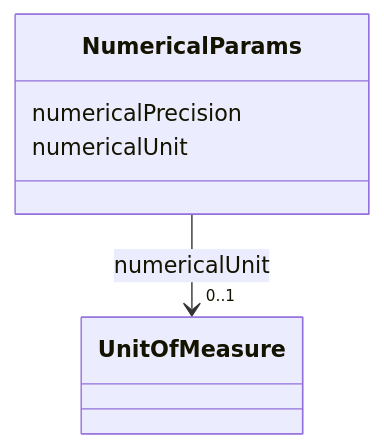
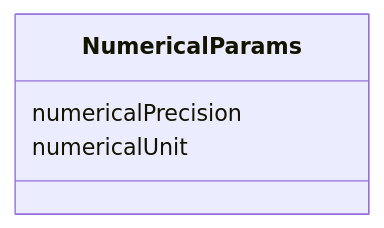
One commit to faqirfoundation/questionnaire-ontology changed the diagram in docs/NumericalParams.md. Above: the diagram before and after it, drawn with Mermaid. The commit also changed other lines of this file and 655 other files, not shown here.

````diff
--- a/docs/NumericalParams.md
+++ b/docs/NumericalParams.md
@@ -19,19 +19,10 @@
 ```mermaid
  classDiagram
     class NumericalParams
     click NumericalParams href "../NumericalParams"
       NumericalParams : numericalPrecision
         
       NumericalParams : numericalUnit
         
-          
-    
-        
-        
-        NumericalParams --> "0..1" UnitOfMeasure : numericalUnit
-        click UnitOfMeasure href "../UnitOfMeasure"
-    
-
-        
       
 ```
````
